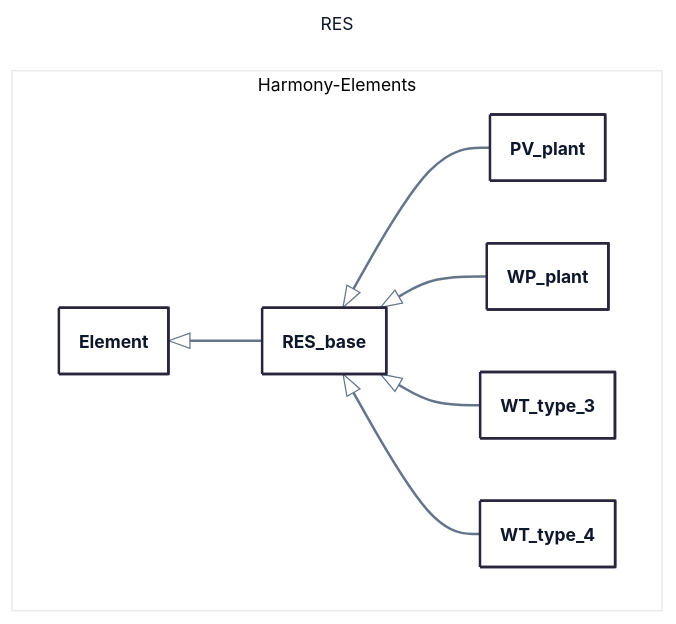
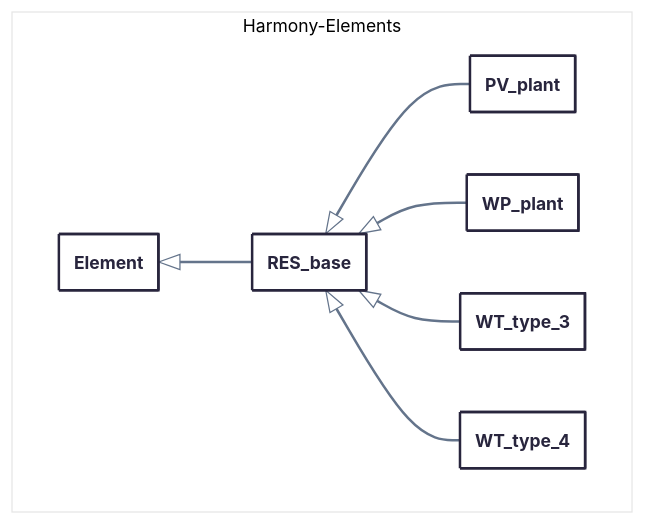
Before and after one commit to yiquintero/tmp: the sixth of 11 diagrams in class_diagram.md, drawn with Mermaid. The commit also changed other lines of this file, not shown here.

First line of the commit message:
Refactor mermaid diagrams in class_diagram.md

````diff
--- a/class_diagram.md
+++ b/class_diagram.md
@@ -224,32 +216,26 @@
 ```mermaid
 ---
-title: RES
 config:
   theme: redux-color
   themeVariables:
-    fontFamily: Segoe UI, -apple-system, BlinkMacSystemFont, sans-serif
     lineColor: "#64748B"
-    primaryTextColor: "#0F172A"
-  flowchart:
-    wrappingWidth: 450
   class:
     hideEmptyMembersBox: true
-    padding: 16
 ---
 classDiagram
   namespace Harmony-Elements {
     class Element {}
   }
   namespace Harmony-Elements {
     class PV_plant {}
     class RES_base {}
     class WP_plant {}
     class WT_type_3 {}
     class WT_type_4 {}
   }
   Element <|-- RES_base
   RES_base <|-- PV_plant
   RES_base <|-- WP_plant
   RES_base <|-- WT_type_3
   RES_base <|-- WT_type_4
 ```
````
